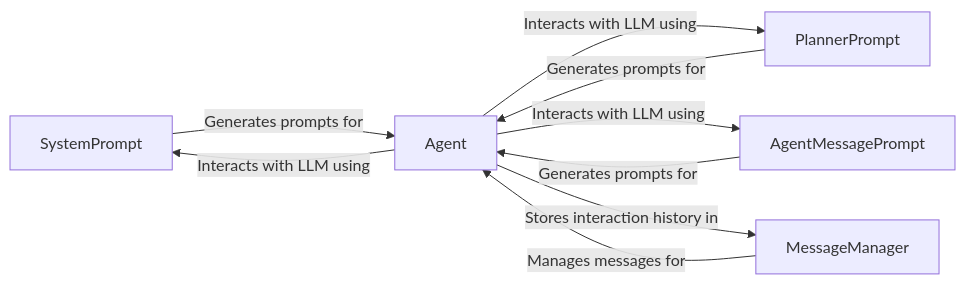
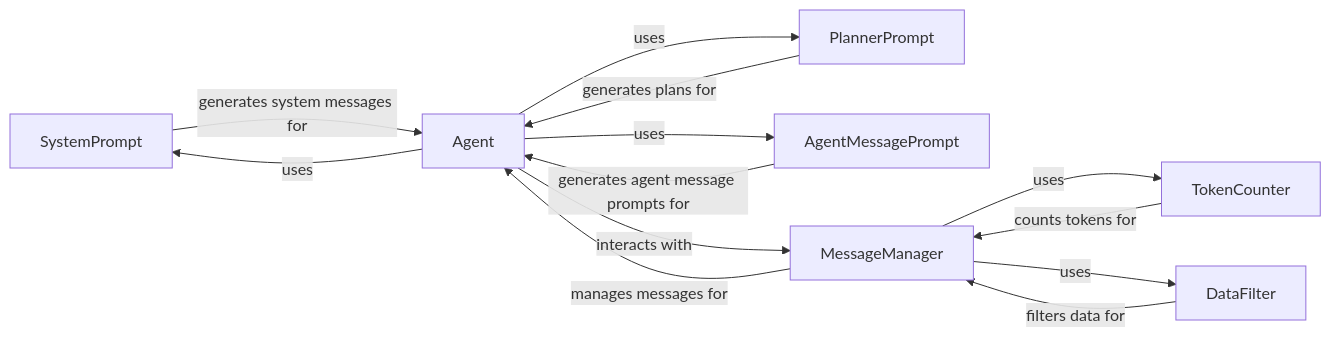
The diagram in browser-use/LLM Interaction.md (CodeBoarding/GeneratedOnBoardings), drawn with Mermaid before and after one commit. The commit also changed other lines of this file and 11 other files, not shown here.

````diff
--- a/browser-use/LLM Interaction.md
+++ b/browser-use/LLM Interaction.md
@@ -1,21 +1,27 @@
 ```mermaid
 graph LR
     SystemPrompt["SystemPrompt"]
     PlannerPrompt["PlannerPrompt"]
     AgentMessagePrompt["AgentMessagePrompt"]
     MessageManager["MessageManager"]
-    Agent["Agent"]
-    SystemPrompt -- "Generates prompts for" --> Agent
-    PlannerPrompt -- "Generates prompts for" --> Agent
-    AgentMessagePrompt -- "Generates prompts for" --> Agent
-    MessageManager -- "Manages messages for" --> Agent
-    Agent -- "Interacts with LLM using" --> SystemPrompt
-    Agent -- "Interacts with LLM using" --> PlannerPrompt
-    Agent -- "Interacts with LLM using" --> AgentMessagePrompt
-    Agent -- "Stores interaction history in" --> MessageManager
+    TokenCounter["TokenCounter"]
+    DataFilter["DataFilter"]
+    SystemPrompt -- "generates system messages for" --> Agent
+    PlannerPrompt -- "generates plans for" --> Agent
+    AgentMessagePrompt -- "generates agent message prompts for" --> Agent
+    MessageManager -- "manages messages for" --> Agent
+    Agent -- "uses" --> SystemPrompt
+    Agent -- "uses" --> PlannerPrompt
+    Agent -- "uses" --> AgentMessagePrompt
+    Agent -- "interacts with" --> MessageManager
+    MessageManager -- "uses" --> TokenCounter
+    MessageManager -- "uses" --> DataFilter
+    TokenCounter -- "counts tokens for" --> MessageManager
+    DataFilter -- "filters data for" --> MessageManager
     click SystemPrompt href "https://github.com/CodeBoarding/GeneratedOnBoardings/blob/main/browser-use/SystemPrompt.md" "Details"
     click PlannerPrompt href "https://github.com/CodeBoarding/GeneratedOnBoardings/blob/main/browser-use/PlannerPrompt.md" "Details"
     click AgentMessagePrompt href "https://github.com/CodeBoarding/GeneratedOnBoardings/blob/main/browser-use/AgentMessagePrompt.md" "Details"
     click MessageManager href "https://github.com/CodeBoarding/GeneratedOnBoardings/blob/main/browser-use/MessageManager.md" "Details"
-    click Agent href "https://github.com/CodeBoarding/GeneratedOnBoardings/blob/main/browser-use/Agent.md" "Details"
+    click TokenCounter href "https://github.com/CodeBoarding/GeneratedOnBoardings/blob/main/browser-use/TokenCounter.md" "Details"
+    click DataFilter href "https://github.com/CodeBoarding/GeneratedOnBoardings/blob/main/browser-use/DataFilter.md" "Details"
 ```
````
